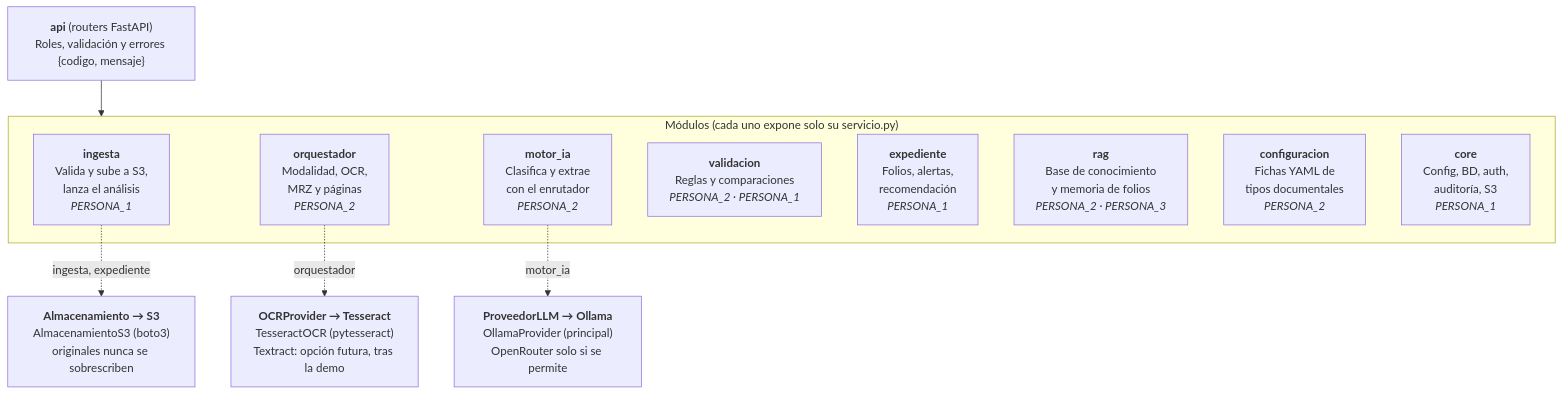
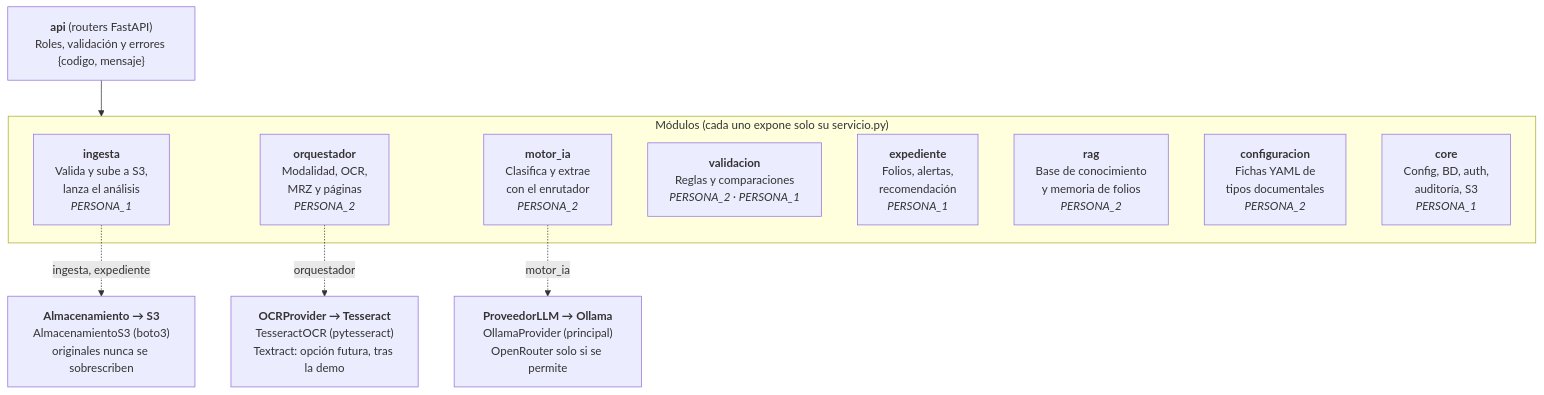
Before and after one commit to SantiagoEspinosa-ai/Gestor_Documental: the third of 4 diagrams in docs/arquitectura_solucion.md, drawn with Mermaid. The commit also changed other lines of this file, not shown here.

Commit message:
docs(arquitectura): reparto tras el traspaso de PERSONA_3 (PR #13)

````diff
--- a/docs/arquitectura_solucion.md
+++ b/docs/arquitectura_solucion.md
@@ -102,24 +106,24 @@
 ```mermaid
 flowchart TB
     api["<b>api</b> (routers FastAPI)<br/>Roles, validación y errores {codigo, mensaje}"]
 
     subgraph modulos["Módulos (cada uno expone solo su servicio.py)"]
         ingesta["<b>ingesta</b><br/>Valida y sube a S3,<br/>lanza el análisis<br/><i>PERSONA_1</i>"]
         orquestador["<b>orquestador</b><br/>Modalidad, OCR,<br/>MRZ y páginas<br/><i>PERSONA_2</i>"]
         motor["<b>motor_ia</b><br/>Clasifica y extrae<br/>con el enrutador<br/><i>PERSONA_2</i>"]
         validacion["<b>validacion</b><br/>Reglas y comparaciones<br/><i>PERSONA_2 · PERSONA_1</i>"]
         expediente["<b>expediente</b><br/>Folios, alertas,<br/>recomendación<br/><i>PERSONA_1</i>"]
-        rag["<b>rag</b><br/>Base de conocimiento<br/>y memoria de folios<br/><i>PERSONA_2 · PERSONA_3</i>"]
+        rag["<b>rag</b><br/>Base de conocimiento<br/>y memoria de folios<br/><i>PERSONA_2</i>"]
         configuracion["<b>configuracion</b><br/>Fichas YAML de<br/>tipos documentales<br/><i>PERSONA_2</i>"]
         core["<b>core</b><br/>Config, BD, auth,<br/>auditoría, S3<br/><i>PERSONA_1</i>"]
     end
 
     alm["<b>Almacenamiento → S3</b><br/>AlmacenamientoS3 (boto3)<br/>originales nunca se sobrescriben"]
     ocr["<b>OCRProvider → Tesseract</b><br/>TesseractOCR (pytesseract)<br/>Textract: opción futura, tras la demo"]
     llm["<b>ProveedorLLM → Ollama</b><br/>OllamaProvider (principal)<br/>OpenRouter solo si se permite"]
 
     api --> modulos
     ingesta -. "ingesta, expediente" .-> alm
     orquestador -. "orquestador" .-> ocr
     motor -. "motor_ia" .-> llm
 ```
````
